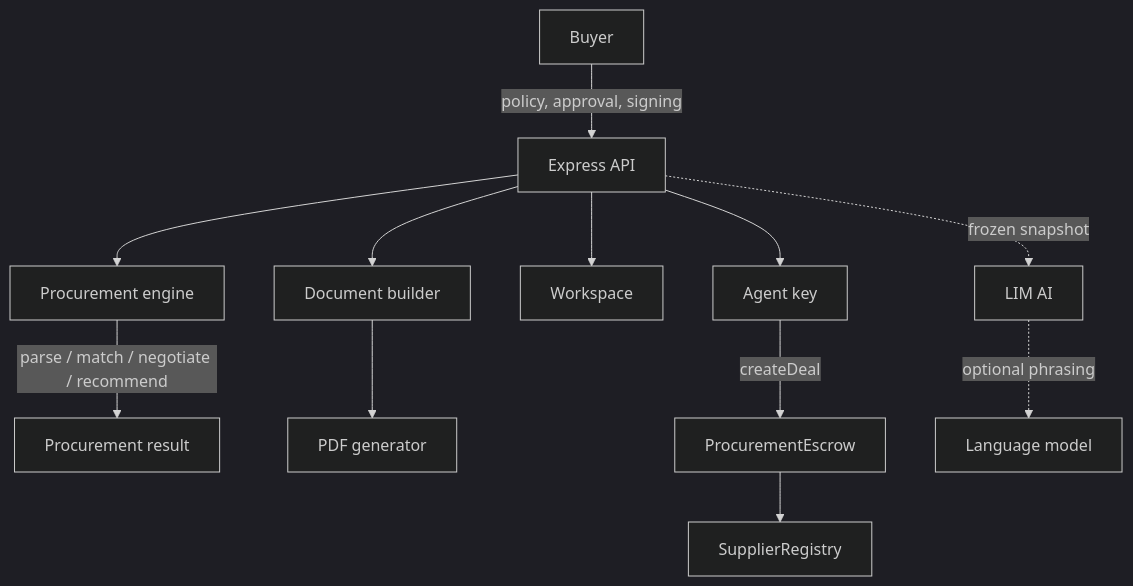
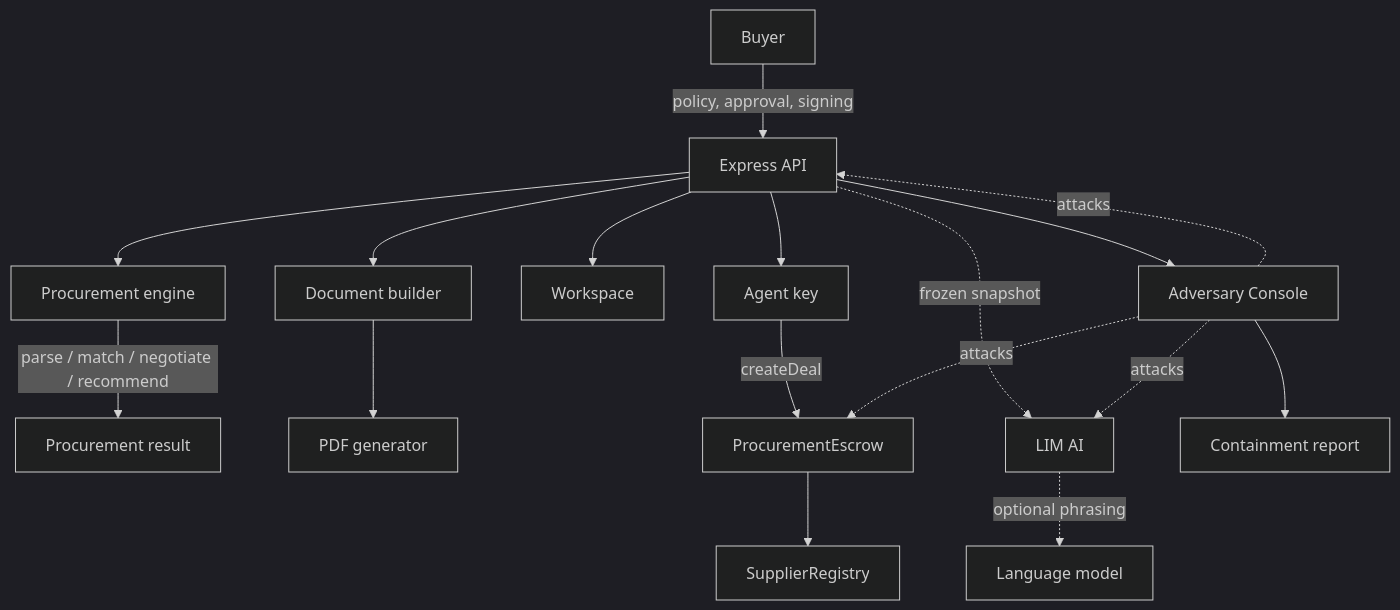
One commit to sujal128005/limen changed the diagram in README.md. Above: the diagram before and after it, drawn with Mermaid (dark theme). The commit also changed other lines of this file, not shown here.

````diff
--- a/README.md
+++ b/README.md
@@ -151,20 +156,26 @@
 ```mermaid
 flowchart TD
     B[Buyer] -->|policy, approval, signing| API[Express API]
 
     API --> ENG[Procurement engine]
     API --> DOC[Document builder]
     API --> WS[Workspace]
 
     ENG -->|parse / match / negotiate / recommend| RESULT[Procurement result]
 
     DOC --> PDF[PDF generator]
 
     API --> AG[Agent key]
     AG -->|createDeal| ESC[ProcurementEscrow]
 
     ESC --> REG[SupplierRegistry]
 
     API -. frozen snapshot .-> LIM[LIM AI]
     LIM -. optional phrasing .-> LLM[Language model]
+
+    API --> ADV[Adversary Console]
+    ADV -. attacks .-> ESC
+    ADV -. attacks .-> API
+    ADV -. attacks .-> LIM
+    ADV --> RPT[Containment report]
 ```
````
